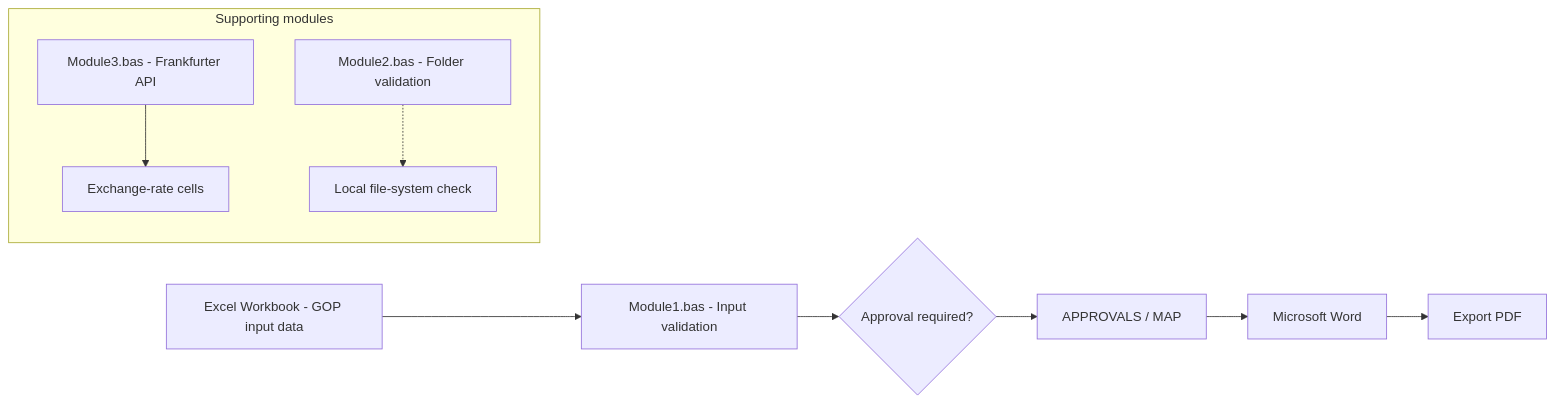
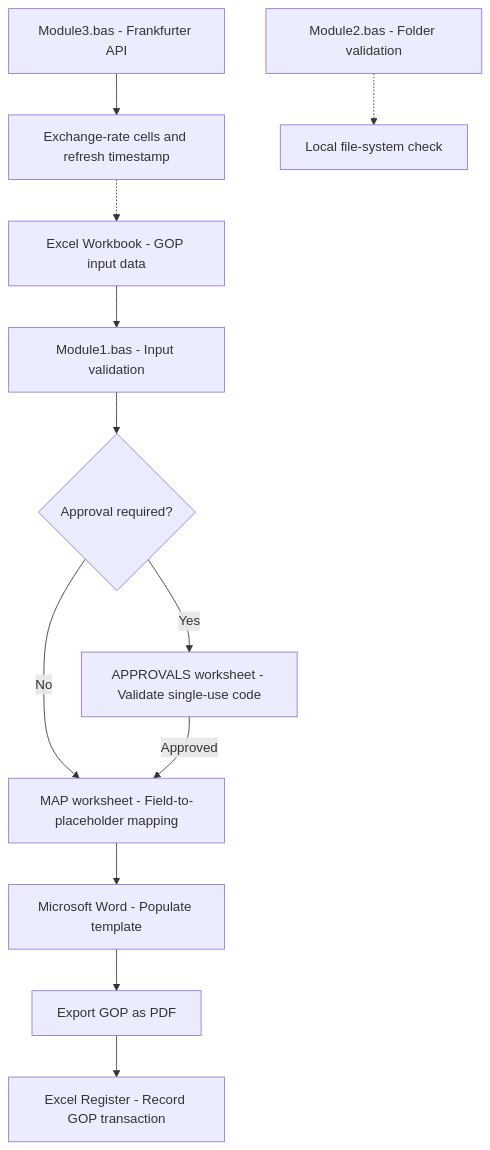
The diagram in docs/ARCHITECTURE.md (LebsLabs/GOP-Generator), drawn with Mermaid before and after one commit.

Commit message:
Revise architecture diagram for GOP generation workflow
Updated the workflow diagram in the architecture documentation to reflect changes in the approval process and supporting modules.

````diff
--- a/docs/ARCHITECTURE.md
+++ b/docs/ARCHITECTURE.md
@@ -25,15 +25,17 @@
 ```mermaid
-flowchart LR
+flowchart TD
     A["Excel Workbook - GOP input data"] --> B["Module1.bas - Input validation"]
     B --> C{"Approval required?"}
-    C --> D["APPROVALS / MAP"]
-    D --> F["Microsoft Word"]
-    F --> G["Export PDF"]
+    C -->|Yes| D["APPROVALS worksheet - Validate single-use code"]
+    C -->|No| E["MAP worksheet - Field-to-placeholder mapping"]
+    D -->|Approved| E
+    E --> F["Microsoft Word - Populate template"]
+    F --> G["Export GOP as PDF"]
+    G --> H["Excel Register - Record GOP transaction"]
 
-    subgraph SUPPORT["Supporting modules"]
-        direction TB
-        I["Module3.bas - Frankfurter API"] --> J["Exchange-rate cells"]
-        K["Module2.bas - Folder validation"] -.-> L["Local file-system check"]
-    end
+    I["Module3.bas - Frankfurter API"] --> J["Exchange-rate cells and refresh timestamp"]
+    J -.-> A
+
+    K["Module2.bas - Folder validation"] -.-> L["Local file-system check"]
     
 ```
````
